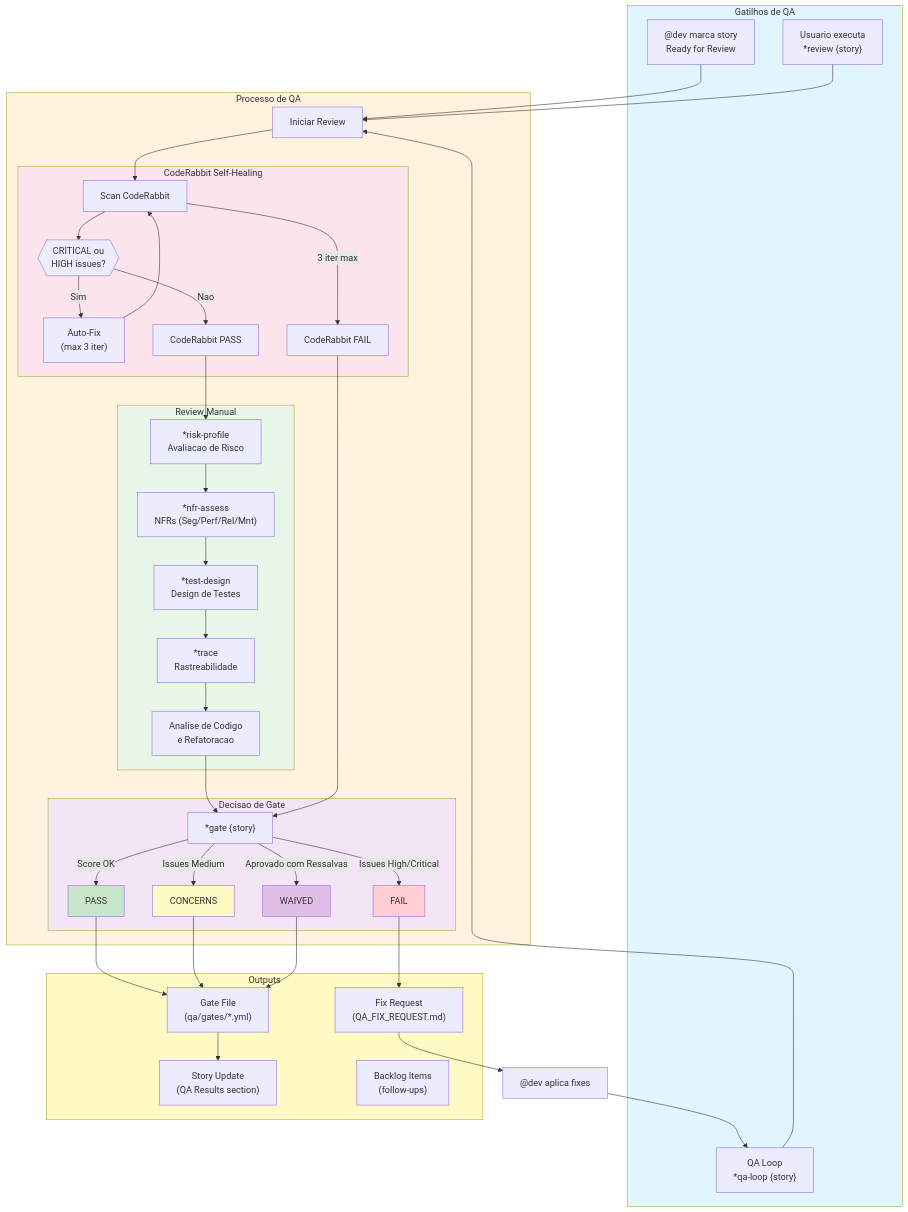
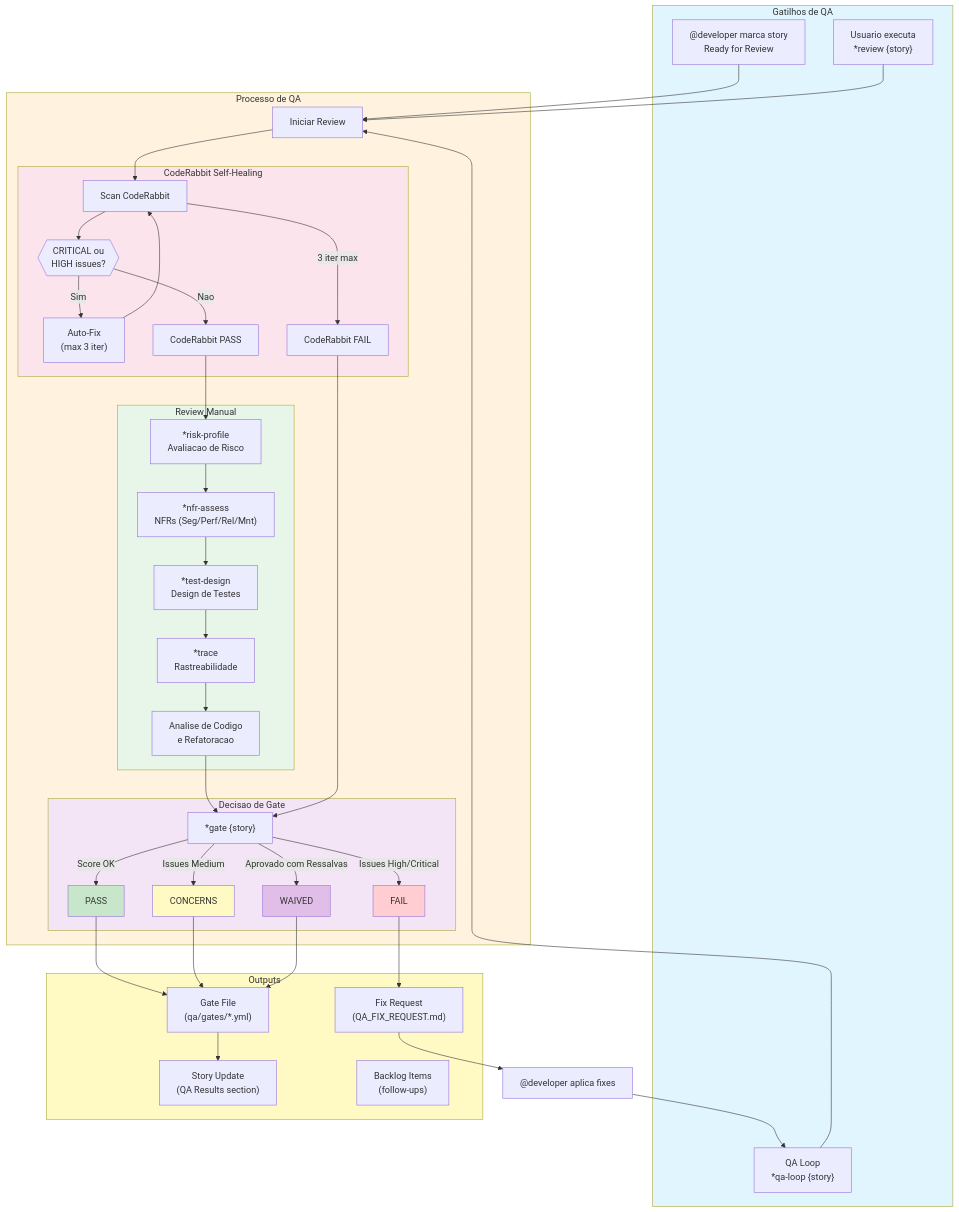
Before and after one commit to caioimori/sinapse-ai: the first of 5 diagrams in docs/guides/agents/QA-SYSTEM.md, drawn with Mermaid. The commit also changed other lines of this file and 873 other files, not shown here.

````diff
--- a/docs/guides/agents/QA-SYSTEM.md
+++ b/docs/guides/agents/QA-SYSTEM.md
@@ -101,7 +101,7 @@
 ```mermaid
 flowchart TB
     subgraph TRIGGERS["Gatilhos de QA"]
-        DEV_DONE["@dev marca story<br/>Ready for Review"]
+        DEV_DONE["@developer marca story<br/>Ready for Review"]
         MANUAL["Usuario executa<br/>*review {story}"]
         LOOP["QA Loop<br/>*qa-loop {story}"]
     end
@@ -173,7 +173,7 @@
     WAIVED --> GATE_FILE
 
     GATE_FILE --> STORY_UPDATE
-    FIX_REQUEST --> DEV_FIX["@dev aplica fixes"]
+    FIX_REQUEST --> DEV_FIX["@developer aplica fixes"]
     DEV_FIX --> LOOP
 
     style TRIGGERS fill:#e1f5fe
````
